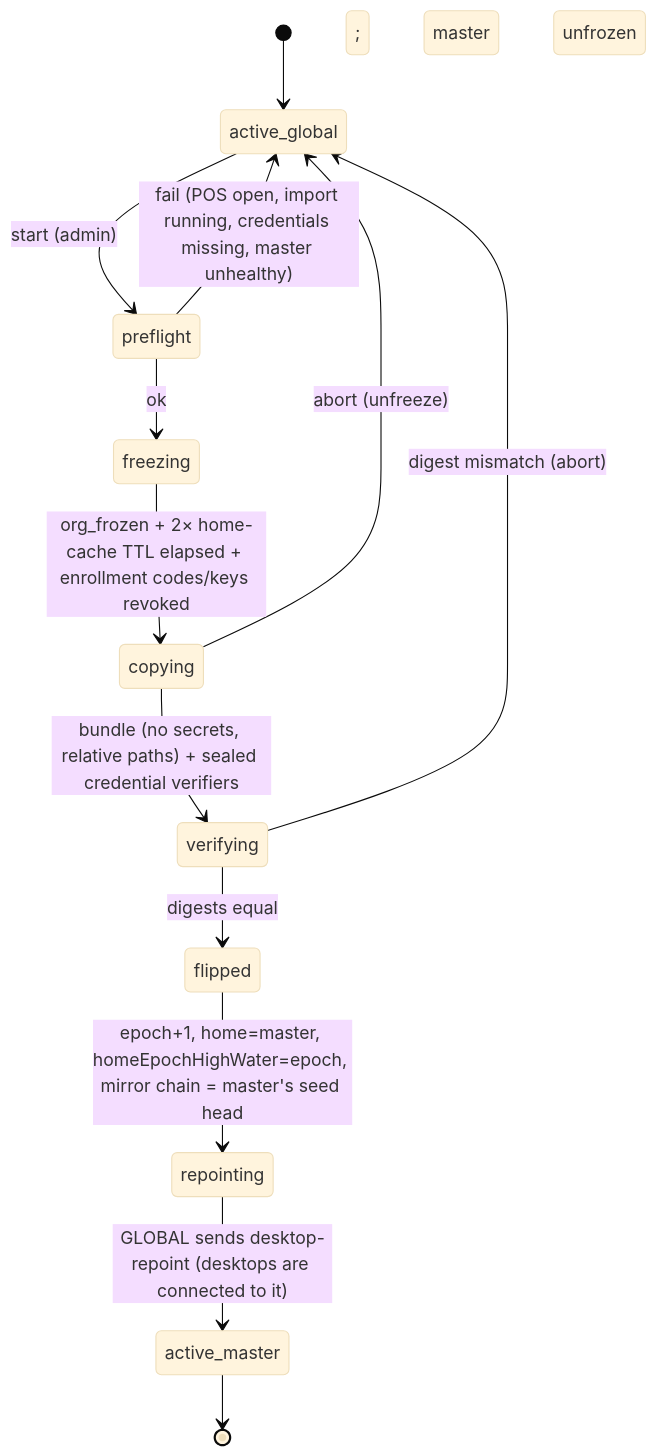
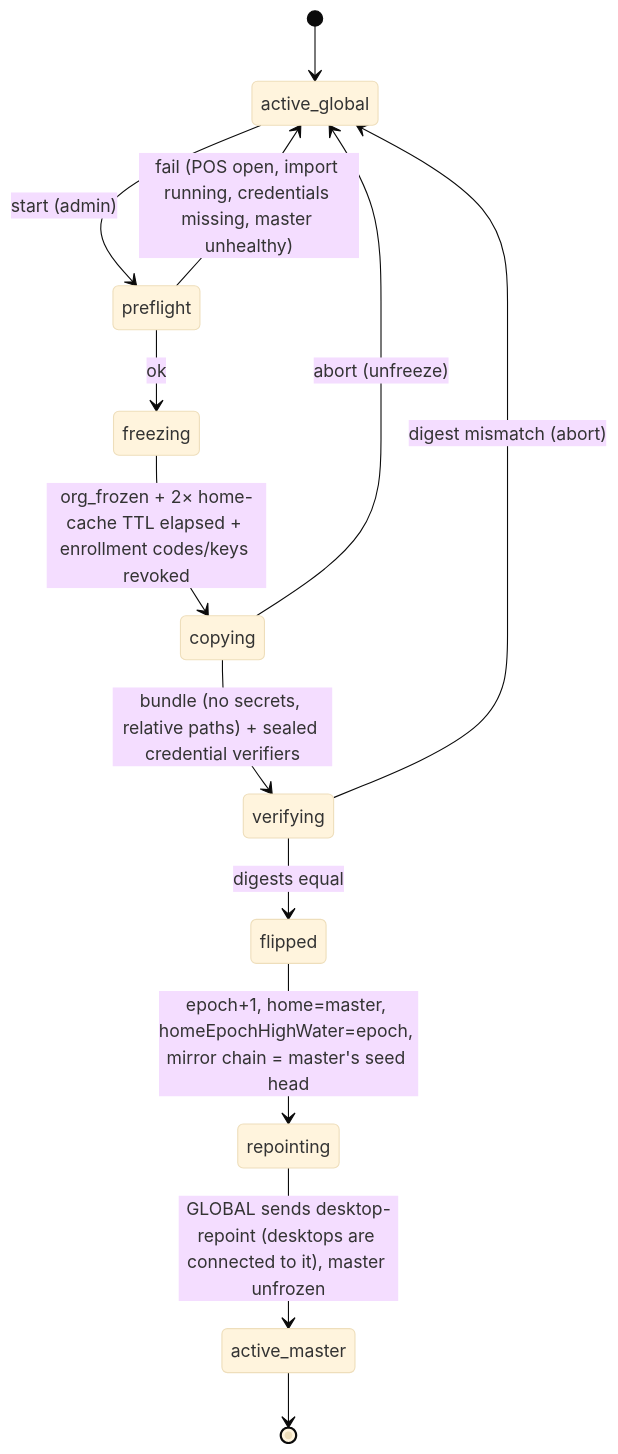
Before and after one commit to gjovanov/lgr: the second of 9 diagrams in docs/fr/FR-20-IMPLEMENTATION-PLAN.md, drawn with Mermaid (base theme). The commit also changed other lines of this file, not shown here.

First line of the commit message:
docs(fr): make the FR-20 plan's Mermaid diagrams parse on GitHub

````diff
--- a/docs/fr/FR-20-IMPLEMENTATION-PLAN.md
+++ b/docs/fr/FR-20-IMPLEMENTATION-PLAN.md
@@ -625,15 +625,15 @@
 ```mermaid
 stateDiagram-v2
   [*] --> active_global
   active_global --> preflight: start (admin)
   preflight --> active_global: fail (POS open, import running, credentials missing, master unhealthy)
   preflight --> freezing: ok
   freezing --> copying: org_frozen + 2× home-cache TTL elapsed + enrollment codes/keys revoked
   copying --> verifying: bundle (no secrets, relative paths) + sealed credential verifiers
   copying --> active_global: abort (unfreeze)
   verifying --> active_global: digest mismatch (abort)
   verifying --> flipped: digests equal
   flipped --> repointing: epoch+1, home=master, homeEpochHighWater=epoch, mirror chain = master's seed head
-  repointing --> active_master: GLOBAL sends desktop-repoint (desktops are connected to it); master unfrozen
+  repointing --> active_master: GLOBAL sends desktop-repoint (desktops are connected to it), master unfrozen
   active_master --> [*]
 ```
````
